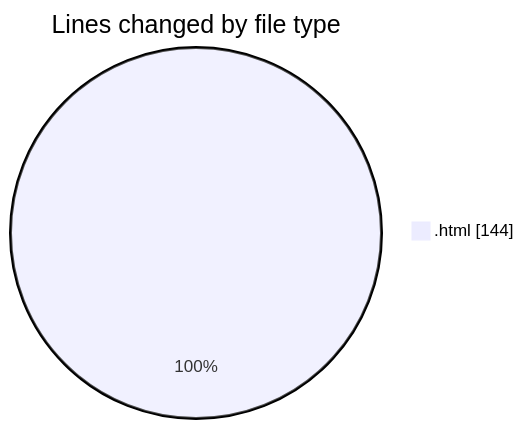
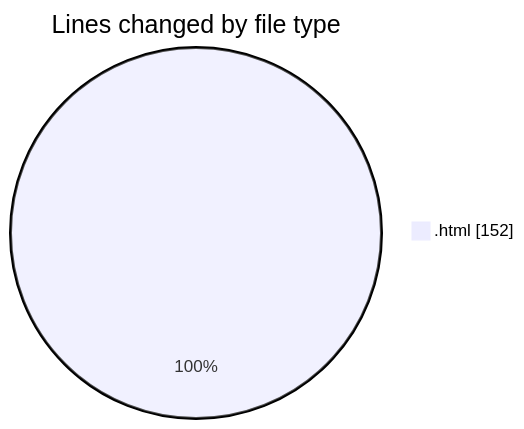
The first of 2 diagrams in 2025-02-13/image-composer/README.md (robertbonfada/code-tracking), drawn with Mermaid before and after one commit. The commit also changed other lines of this file and 1 other file, not shown here.

````diff
--- a/2025-02-13/image-composer/README.md
+++ b/2025-02-13/image-composer/README.md
@@ -20,5 +20,5 @@
 ```mermaid
 pie showData
 title Lines changed by file type
-".html" : 144
+".html" : 152
 ```
````
